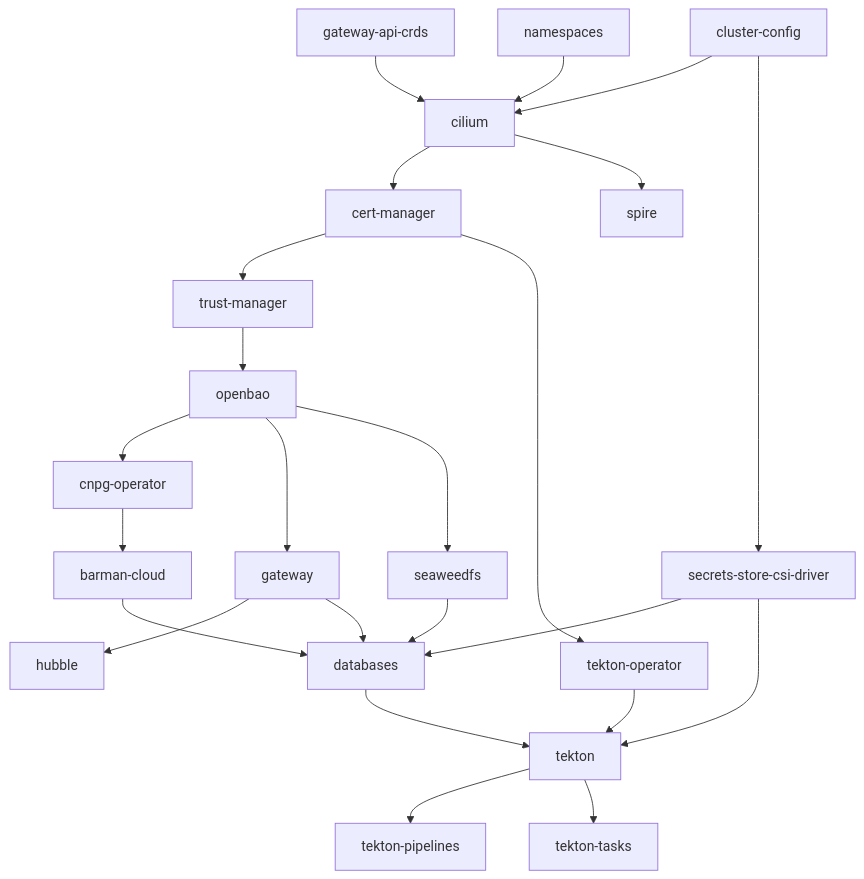
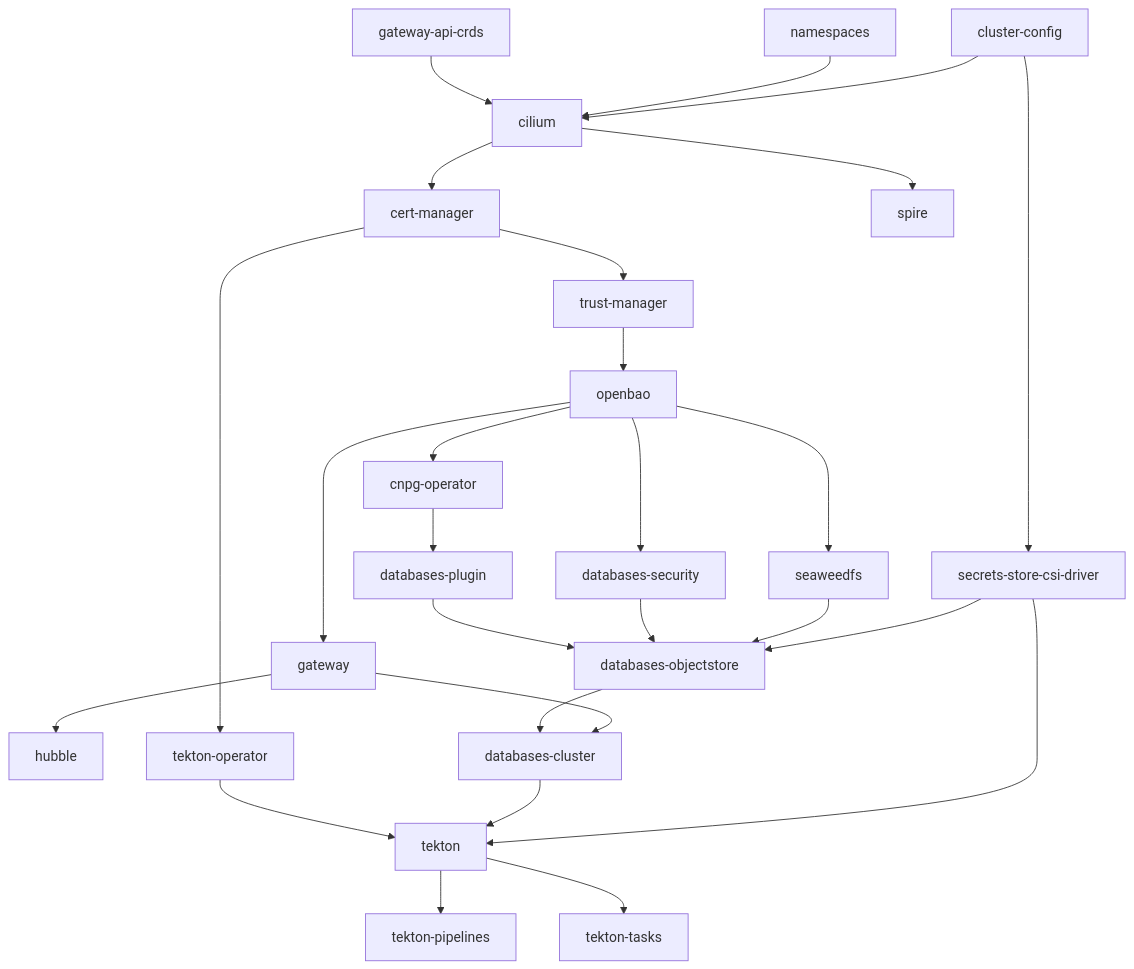
The diagram in docs/INSTALLATION.md (DragonBishop/data_science_cluster), drawn with Mermaid before and after one commit. The commit also changed other lines of this file and 7 other files, not shown here.

````diff
--- a/docs/INSTALLATION.md
+++ b/docs/INSTALLATION.md
@@ -391,36 +391,39 @@
 ```mermaid
 flowchart TD
     %% Base Foundations
     crds["gateway-api-crds"] --> cilium["cilium"]
     ns["namespaces"] --> cilium
     cc["cluster-config"] --> cilium
 
     %% Core Services & PKI
     cilium --> certmgr["cert-manager"]
     certmgr --> trustmgr["trust-manager"]
     trustmgr --> openbao["openbao"]
     cilium --> spire["spire"]
 
     %% Platform Services
     openbao --> cnpg["cnpg-operator"]
-    cnpg --> barman["barman-cloud"]
+    cnpg --> plugin["databases-plugin"]
 
     openbao --> gw["gateway"]
     gw --> hubble["hubble"]
 
     %% Applications
     openbao --> seaweedfs["seaweedfs"]
     cc --> csidriver["secrets-store-csi-driver"]
-    barman --> db["databases"]
-    seaweedfs --> db
-    gw --> db
-    csidriver --> db
+    openbao --> security["databases-security"]
+    plugin --> objectstore["databases-objectstore"]
+    security --> objectstore
+    seaweedfs --> objectstore
+    csidriver --> objectstore
+    objectstore --> dbcluster["databases-cluster"]
+    gw --> dbcluster
 
     %% CI
     certmgr --> tektonop["tekton-operator"]
     tektonop --> tekton["tekton"]
-    db --> tekton
+    dbcluster --> tekton
     csidriver --> tekton
     tekton --> tektonpipelines["tekton-pipelines"]
     tekton --> tektontasks["tekton-tasks"]
 ```
````
